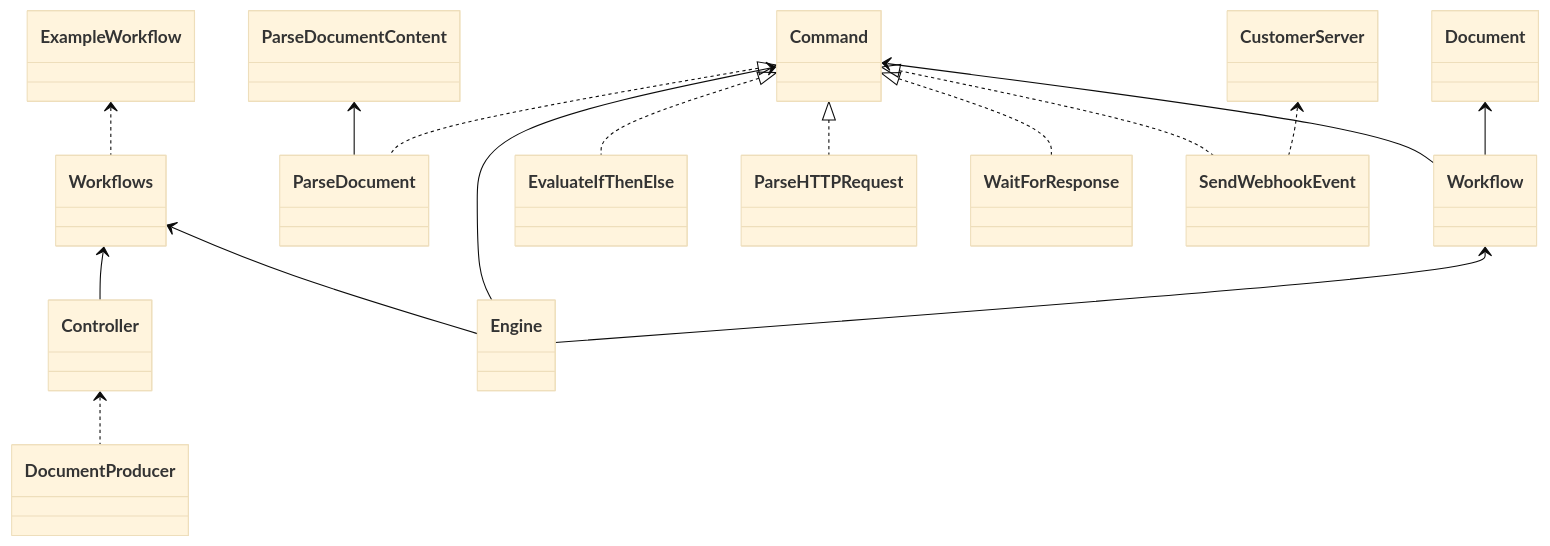
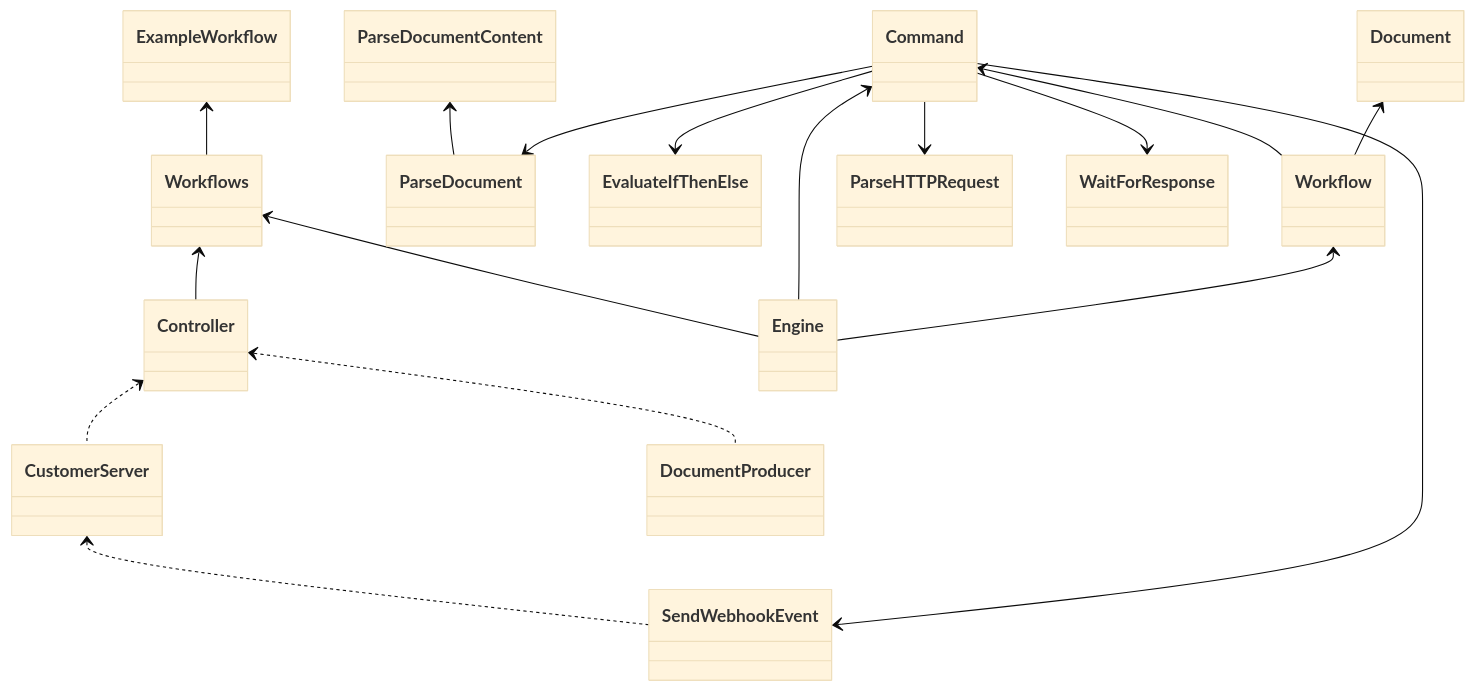
The first of 2 diagrams in README.md (PJUllrich/workflow-demo), drawn with Mermaid (base theme) before and after one commit. The commit also changed other lines of this file, not shown here.

````diff
--- a/README.md
+++ b/README.md
@@ -71,40 +76,41 @@
 ```mermaid
 classDiagram
-    ExampleWorkflow <.. Workflows
+    ExampleWorkflow <-- Workflows
+    CustomerServer <.. SendWebhookEvent
     Controller <.. DocumentProducer
     Workflows <-- Engine
     Command <-- Engine
     ParseDocumentContent <-- ParseDocument
+    Command --> EvaluateIfThenElse
     Workflow <-- Engine
-    Command <|.. EvaluateIfThenElse
-    Command <|.. ParseDocument
-    Command <|.. ParseHTTPRequest
-    Command <|.. WaitForResponse
-    Command <|.. SendWebhookEvent
-    Workflows <-- Controller
+    Command --> ParseDocument
+    Command --> ParseHTTPRequest
+    Command --> WaitForResponse
+    Command --> SendWebhookEvent
     Command <-- Workflow
     Document <-- Workflow
-    CustomerServer <.. SendWebhookEvent
+    Workflows <-- Controller
+    Controller <.. CustomerServer
 
     class Engine
     class ExampleWorkflow
     class DocumentProducer
     
     class Controller
 
     class Workflows        
 
     class Workflow
     class Command
     class Document
 
     class EvaluateIfThenElse
     class ParseDocument
     class ParseHTTPRequest
     class SendWebhookEvent
     class WaitForResponse
 
     class ParseDocumentContent
 
     class CustomerServer
 ```
````
